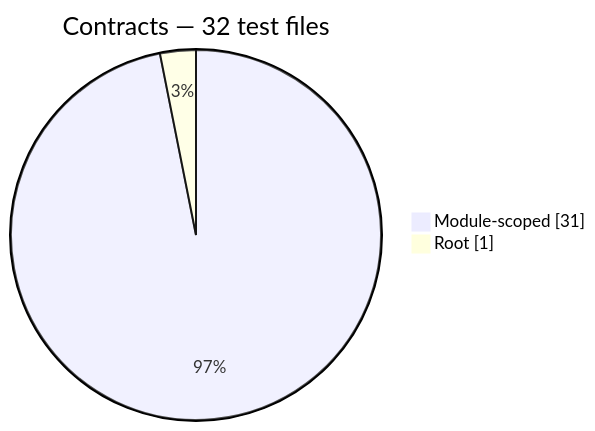
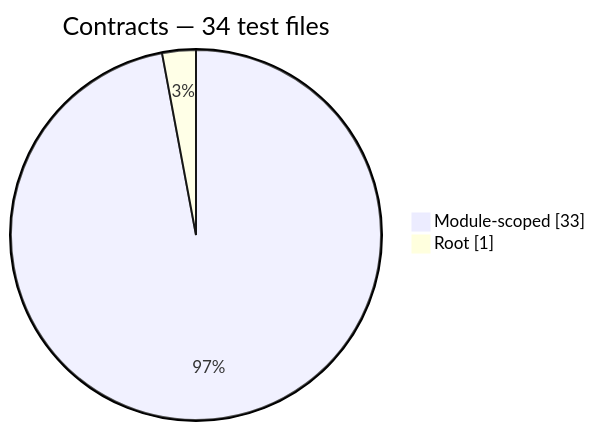
One commit to Mohammed-Alama/php-arazzo changed the first of 13 diagrams in docs/generated/test-composition.md. Above: the diagram before and after it, drawn with Mermaid. The commit also changed other lines of this file and 12 other files, not shown here.

````diff
--- a/docs/generated/test-composition.md
+++ b/docs/generated/test-composition.md
@@ -14,6 +14,6 @@
 ```mermaid
 pie showData
-    title Contracts — 32 test files
-    "Module-scoped": 31
+    title Contracts — 34 test files
+    "Module-scoped": 33
     "Root": 1
 ```
````
